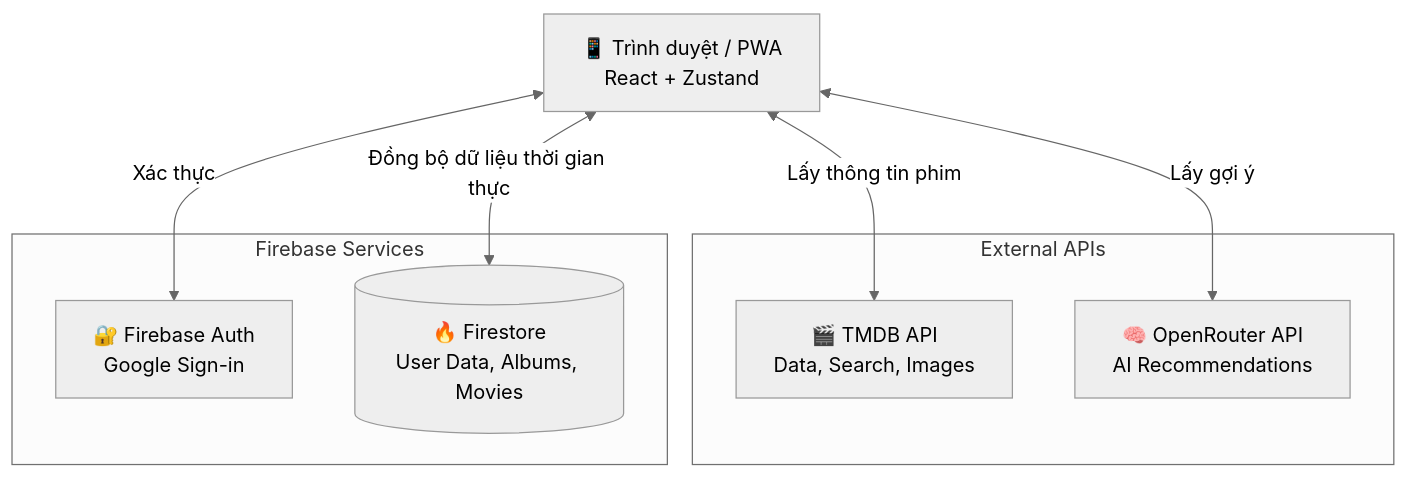
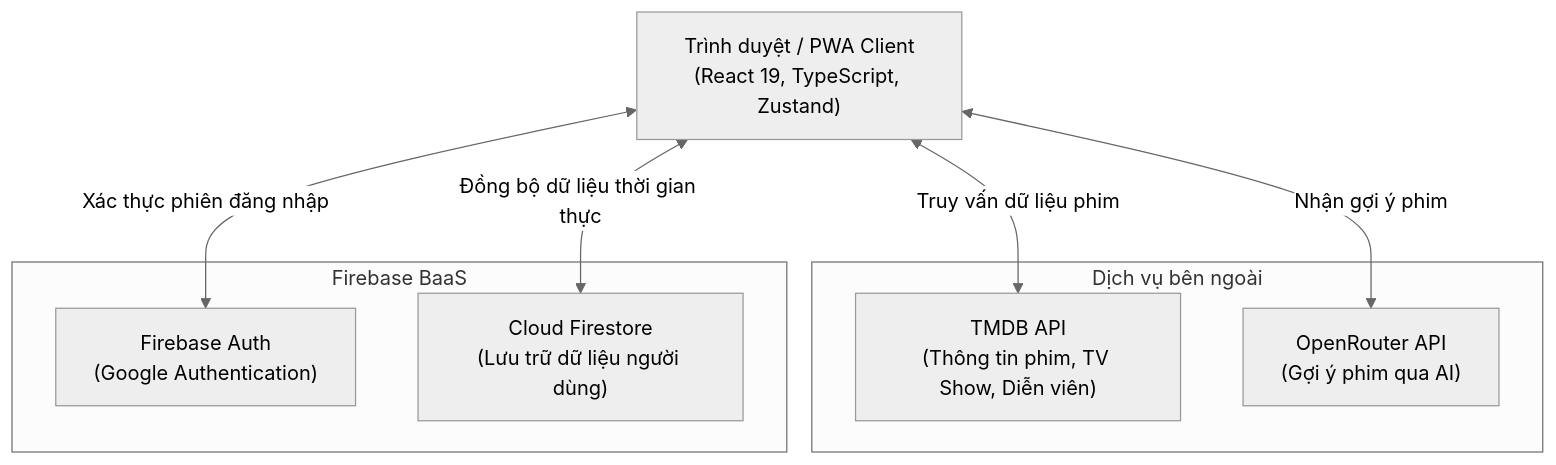
One commit to dexter826/cinemob changed the diagram in README.md. Above: the diagram before and after it, drawn with Mermaid (neutral theme). The commit also changed other lines of this file and 42 other files, not shown here.

````diff
--- a/README.md
+++ b/README.md
@@ -48,19 +33,19 @@
 ```mermaid
 graph TD
-    Client[📱 Trình duyệt / PWA\nReact + Zustand]
+    Client["Trình duyệt / PWA Client<br/>(React 19, TypeScript, Zustand)"]
 
-    subgraph External APIs
-        TMDB[🎬 TMDB API\nData, Search, Images]
-        AI[🧠 OpenRouter API\nAI Recommendations]
+    subgraph External_Services["Dịch vụ bên ngoài"]
+        TMDB["TMDB API<br/>(Thông tin phim, TV Show, Diễn viên)"]
+        OpenRouter["OpenRouter API<br/>(Gợi ý phim qua AI)"]
     end
 
-    subgraph Firebase Services
-        Auth[🔐 Firebase Auth\nGoogle Sign-in]
-        DB[(🔥 Firestore\nUser Data, Albums, Movies)]
+    subgraph Firebase_Services["Firebase BaaS"]
+        Auth["Firebase Auth<br/>(Google Authentication)"]
+        Firestore["Cloud Firestore<br/>(Lưu trữ dữ liệu người dùng)"]
     end
 
-    Client <-->|Lấy thông tin phim| TMDB
-    Client <-->|Lấy gợi ý| AI
-    Client <-->|Xác thực| Auth
-    Client <-->|Đồng bộ dữ liệu thời gian thực| DB
+    Client <-->|Truy vấn dữ liệu phim| TMDB
+    Client <-->|Nhận gợi ý phim| OpenRouter
+    Client <-->|Xác thực phiên đăng nhập| Auth
+    Client <-->|Đồng bộ dữ liệu thời gian thực| Firestore
 ```
````
